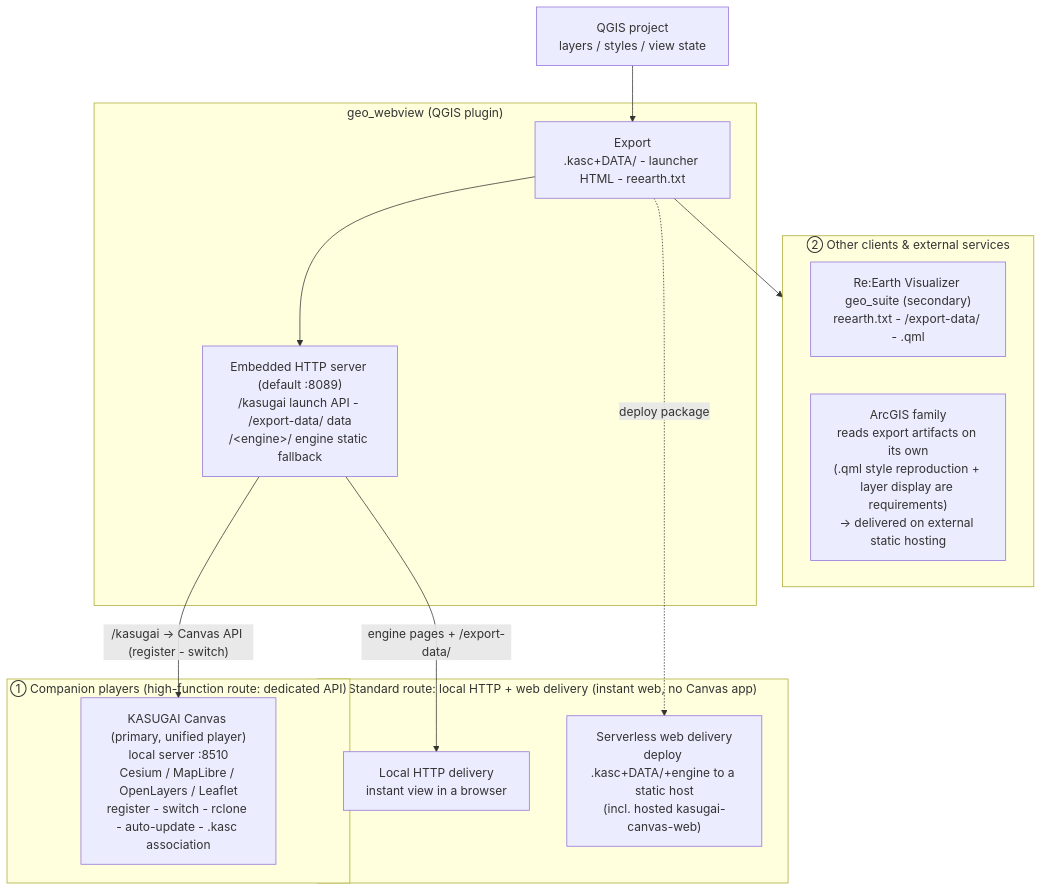
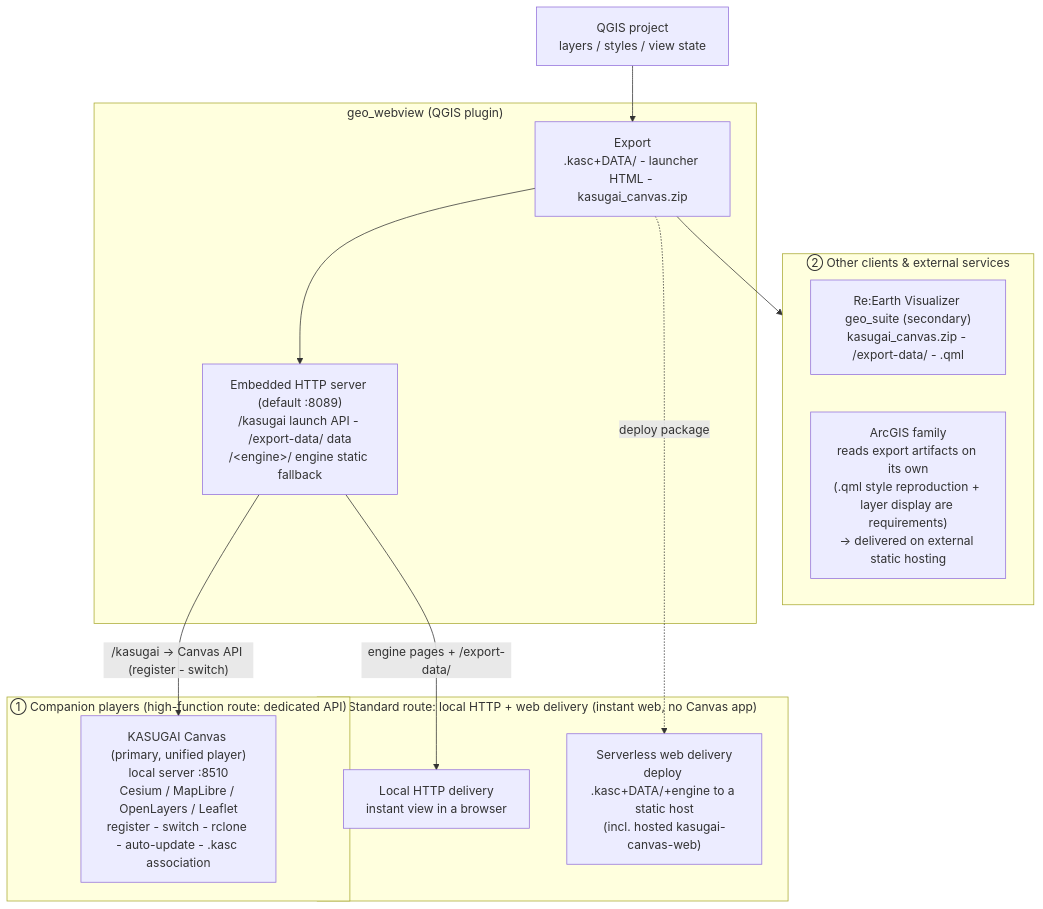
Before and after one commit to yamamoto-ryuzo/qgis_live_harness: the diagram in qgis-plugin/geo_webview/INTEGRATION.md, drawn with Mermaid. The commit also changed other lines of this file and 21 other files, not shown here.

First line of the commit message:
geo_webview: reearth.txt出力を廃止 — kasugai_canvas.zip(qgis:取込)に一本化(3.32.0)

````diff
--- a/qgis-plugin/geo_webview/INTEGRATION.md
+++ b/qgis-plugin/geo_webview/INTEGRATION.md
@@ -11,30 +11,30 @@
 ```mermaid
 flowchart TB
     QGIS["QGIS project<br>layers / styles / view state"]
 
     subgraph GWBOX["geo_webview (QGIS plugin)"]
-        GW["Export<br>.kasc+DATA/ - launcher HTML - reearth.txt"]
+        GW["Export<br>.kasc+DATA/ - launcher HTML - kasugai_canvas.zip"]
         SRV["Embedded HTTP server (default :8089)<br>/kasugai launch API - /export-data/ data<br>/&lt;engine&gt;/ engine static fallback"]
     end
 
     subgraph G1["① Companion players (high-function route: dedicated API)"]
         KC["KASUGAI Canvas (primary, unified player)<br>local server :8510<br>Cesium / MapLibre / OpenLayers / Leaflet<br>register - switch - rclone - auto-update - .kasc association"]
     end
 
     subgraph NORM["Standard route: local HTTP + web delivery (instant web, no Canvas app)"]
         BR["Local HTTP delivery<br>instant view in a browser"]
         HOST["Serverless web delivery<br>deploy .kasc+DATA/+engine to a static host<br>(incl. hosted kasugai-canvas-web)"]
     end
 
     subgraph G2["② Other clients & external services"]
-        RE["Re:Earth Visualizer geo_suite (secondary)<br>reearth.txt - /export-data/ - .qml"]
+        RE["Re:Earth Visualizer geo_suite (secondary)<br>kasugai_canvas.zip - /export-data/ - .qml"]
         AG["ArcGIS family<br>reads export artifacts on its own<br>(.qml style reproduction + layer display are requirements)<br>→ delivered on external static hosting"]
     end
 
     QGIS --> GW
     GW --> SRV
     SRV -->|"/kasugai → Canvas API (register - switch)"| KC
     SRV -->|"engine pages + /export-data/"| BR
     GW -.->|"deploy package"| HOST
     GW --> G2
 ```
````
